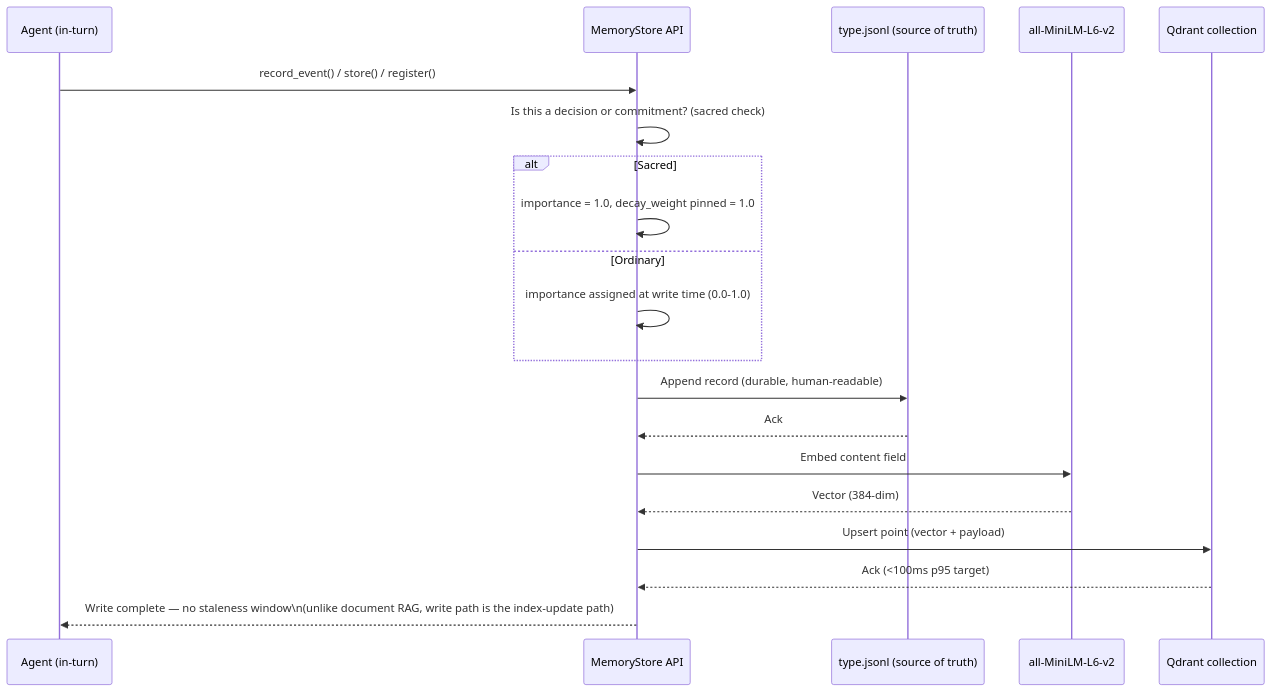
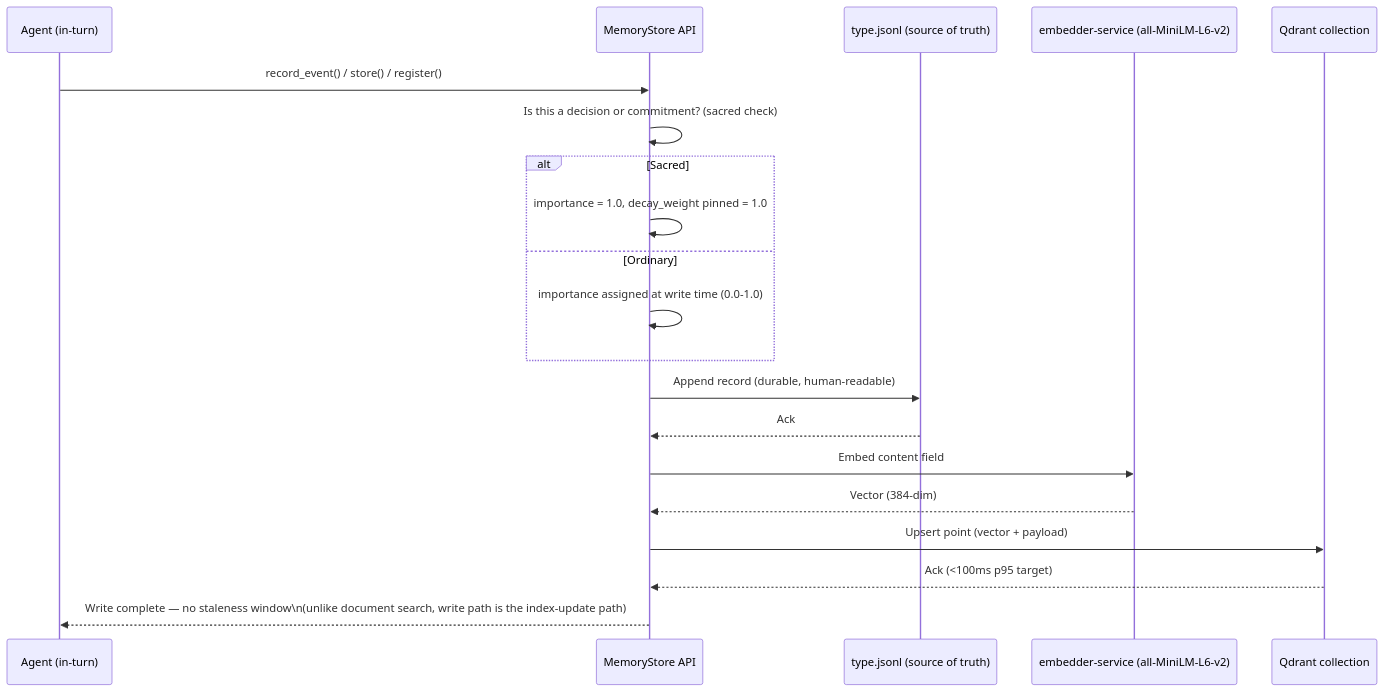
The second of 4 diagrams in core-component-00/telescope/2026-07-10-agent-memory-architecture/supporting/04-workflow-diagrams.md (PhoenixNest/AGENT-GLOBAL-BASE), drawn with Mermaid before and after one commit. The commit also changed other lines of this file and 42 other files, not shown here.

````diff
--- a/core-component-00/telescope/2026-07-10-agent-memory-architecture/supporting/04-workflow-diagrams.md
+++ b/core-component-00/telescope/2026-07-10-agent-memory-architecture/supporting/04-workflow-diagrams.md
@@ -81,23 +89,23 @@
 ```mermaid
 sequenceDiagram
     participant Agent as Agent (in-turn)
     participant MS as MemoryStore API
     participant Log as type.jsonl (source of truth)
-    participant Embedder as all-MiniLM-L6-v2
+    participant Embedder as embedder-service (all-MiniLM-L6-v2)
     participant Qdrant as Qdrant collection
 
     Agent->>MS: record_event() / store() / register()
     MS->>MS: Is this a decision or commitment? (sacred check)
     alt Sacred
         MS->>MS: importance = 1.0, decay_weight pinned = 1.0
     else Ordinary
         MS->>MS: importance assigned at write time (0.0-1.0)
     end
     MS->>Log: Append record (durable, human-readable)
     Log-->>MS: Ack
     MS->>Embedder: Embed content field
     Embedder-->>MS: Vector (384-dim)
     MS->>Qdrant: Upsert point (vector + payload)
     Qdrant-->>MS: Ack (<100ms p95 target)
-    MS-->>Agent: Write complete — no staleness window\n(unlike document RAG, write path is the index-update path)
+    MS-->>Agent: Write complete — no staleness window\n(unlike document search, write path is the index-update path)
 ```
````
